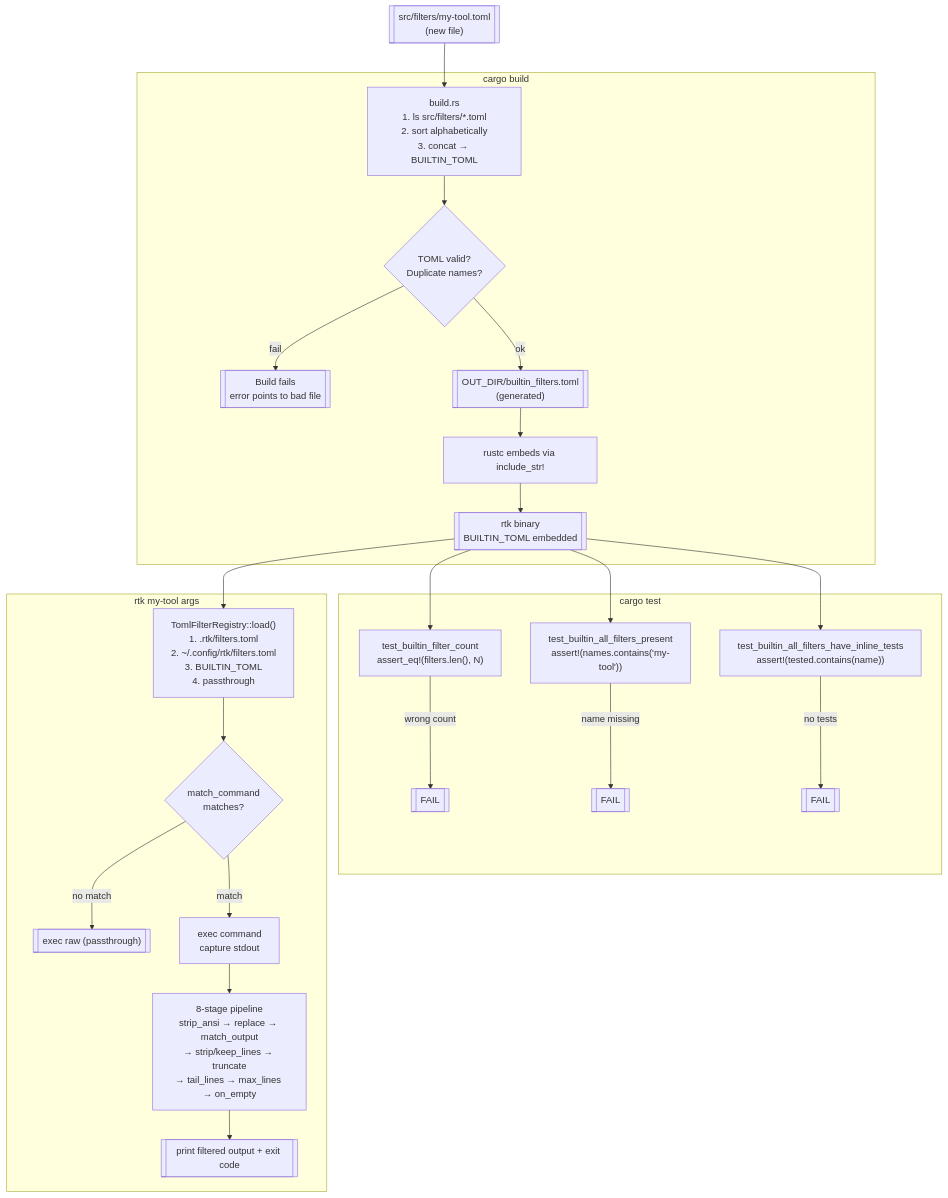
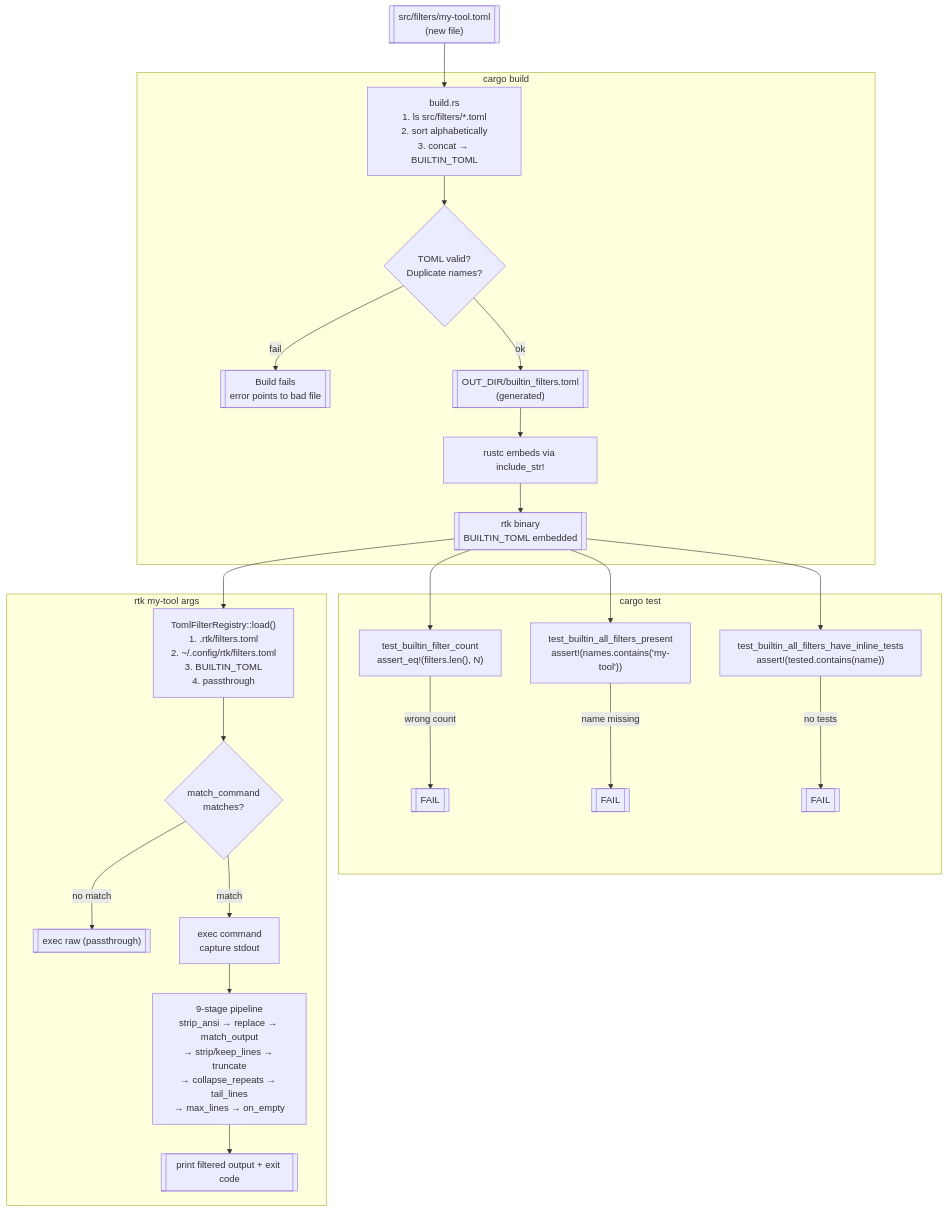
The first of 2 diagrams in src/filters/README.md (rtk-ai/rtk), drawn with Mermaid before and after one commit. The commit also changed other lines of this file and 7 other files, not shown here.

First line of the commit message:
feat(filters): collapse repeated lines, and filters for lua and luacheck

````diff
--- a/src/filters/README.md
+++ b/src/filters/README.md
@@ -73,28 +102,28 @@
 ```mermaid
 flowchart TD
     A[["src/filters/my-tool.toml\n(new file)"]] --> B
 
     subgraph BUILD ["cargo build"]
         B["build.rs\n1. ls src/filters/*.toml\n2. sort alphabetically\n3. concat → BUILTIN_TOML"] --> C
         C{"TOML valid?\nDuplicate names?"} -->|"fail"| D[["Build fails\nerror points to bad file"]]
         C -->|"ok"| E[["OUT_DIR/builtin_filters.toml\n(generated)"]]
         E --> F["rustc embeds via include_str!"]
         F --> G[["rtk binary\nBUILTIN_TOML embedded"]]
     end
 
     subgraph TESTS ["cargo test"]
         H["test_builtin_filter_count\nassert_eq!(filters.len(), N)"] -->|"wrong count"| I[["FAIL"]]
         J["test_builtin_all_filters_present\nassert!(names.contains('my-tool'))"] -->|"name missing"| K[["FAIL"]]
         L["test_builtin_all_filters_have_inline_tests\nassert!(tested.contains(name))"] -->|"no tests"| M[["FAIL"]]
     end
 
     subgraph RUNTIME ["rtk my-tool args"]
         R["TomlFilterRegistry::load()\n1. .rtk/filters.toml\n2. ~/.config/rtk/filters.toml\n3. BUILTIN_TOML\n4. passthrough"] --> S
         S{"match_command\nmatches?"} -->|"no match"| T[["exec raw (passthrough)"]]
         S -->|"match"| U["exec command\ncapture stdout"]
-        U --> V["8-stage pipeline\nstrip_ansi → replace → match_output\n→ strip/keep_lines → truncate\n→ tail_lines → max_lines → on_empty"]
+        U --> V["9-stage pipeline\nstrip_ansi → replace → match_output\n→ strip/keep_lines → truncate\n→ collapse_repeats → tail_lines\n→ max_lines → on_empty"]
         V --> W[["print filtered output + exit code"]]
     end
 
     G --> H & J & L & R
 ```
````
